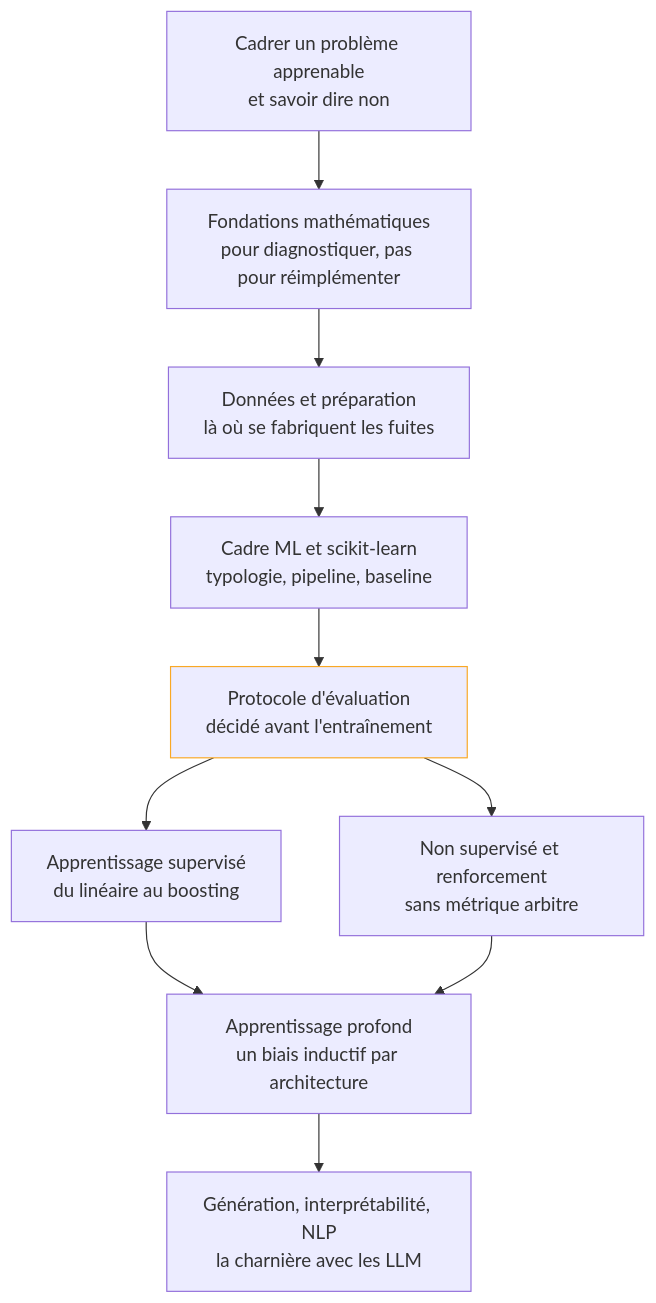
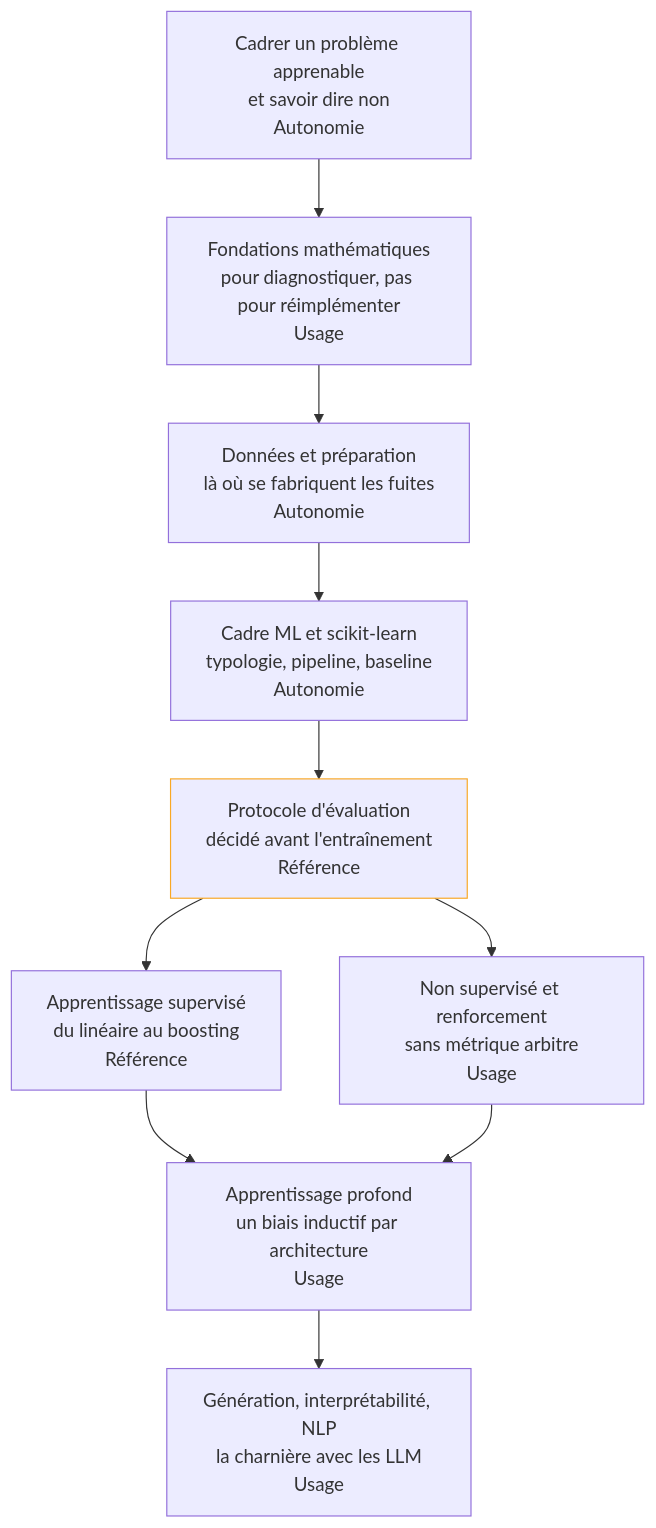
The diagram in content/parcours/machine-learning/index.md (floSa/Atlas-Metiers-Roadmaps), drawn with Mermaid before and after one commit. The commit also changed other lines of this file and 1 other file, not shown here.

Commit message:
Data Scientist et Machine Learning : chaque case de la carte d'entree porte son niveau attendu

````diff
--- a/content/parcours/machine-learning/index.md
+++ b/content/parcours/machine-learning/index.md
@@ -15,25 +15,25 @@
 ```mermaid
 flowchart TD
-  CD["Cadrer un problème apprenable<br/>et savoir dire non"] --> FM["Fondations mathématiques<br/>pour diagnostiquer, pas pour réimplémenter"]
-  FM --> DP["Données et préparation<br/>là où se fabriquent les fuites"]
-  DP --> CS["Cadre ML et scikit-learn<br/>typologie, pipeline, baseline"]
-  CS --> EV["Protocole d'évaluation<br/>décidé avant l'entraînement"]
-  EV --> SU["Apprentissage supervisé<br/>du linéaire au boosting"]
-  EV --> NS["Non supervisé et renforcement<br/>sans métrique arbitre"]
-  SU --> DP2["Apprentissage profond<br/>un biais inductif par architecture"]
+  CD["Cadrer un problème apprenable<br/>et savoir dire non<br/>Autonomie"] --> FM["Fondations mathématiques<br/>pour diagnostiquer, pas pour réimplémenter<br/>Usage"]
+  FM --> DP["Données et préparation<br/>là où se fabriquent les fuites<br/>Autonomie"]
+  DP --> CS["Cadre ML et scikit-learn<br/>typologie, pipeline, baseline<br/>Autonomie"]
+  CS --> EV["Protocole d'évaluation<br/>décidé avant l'entraînement<br/>Référence"]
+  EV --> SU["Apprentissage supervisé<br/>du linéaire au boosting<br/>Référence"]
+  EV --> NS["Non supervisé et renforcement<br/>sans métrique arbitre<br/>Usage"]
+  SU --> DP2["Apprentissage profond<br/>un biais inductif par architecture<br/>Usage"]
   NS --> DP2
-  DP2 --> AV["Génération, interprétabilité, NLP<br/>la charnière avec les LLM"]
+  DP2 --> AV["Génération, interprétabilité, NLP<br/>la charnière avec les LLM<br/>Usage"]
 
   click CD "/parcours/machine-learning/cadrer-un-probleme-apprenable"
   click FM "/parcours/machine-learning/fondations-mathematiques"
   click DP "/parcours/machine-learning/donnees-et-preparation"
   click CS "/parcours/machine-learning/cadre-et-scikit-learn"
   click EV "/parcours/machine-learning/protocole-d-evaluation"
   click SU "/parcours/machine-learning/apprentissage-supervise"
   click NS "/parcours/machine-learning/non-supervise-et-renforcement"
   click DP2 "/parcours/machine-learning/apprentissage-profond"
   click AV "/parcours/machine-learning/generation-et-interpretabilite"
 
   classDef pivot stroke:#f9a825,stroke-width:1px
   class EV pivot
 ```
````
